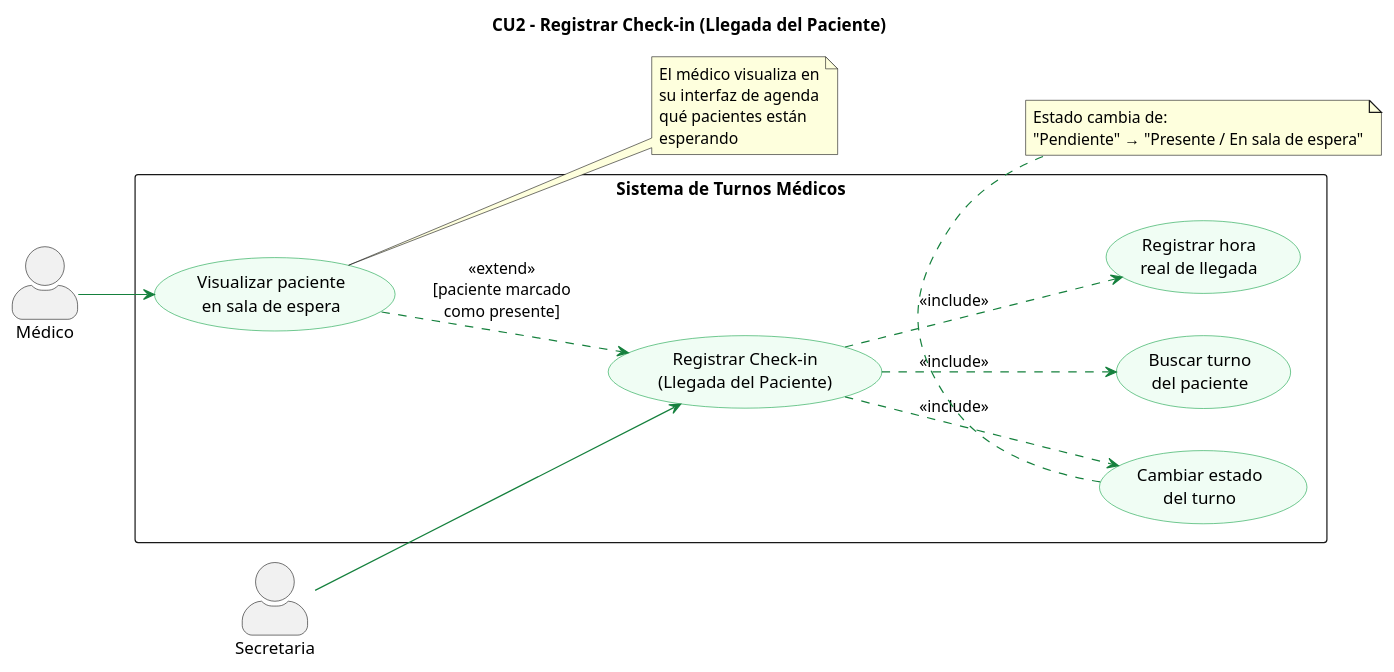
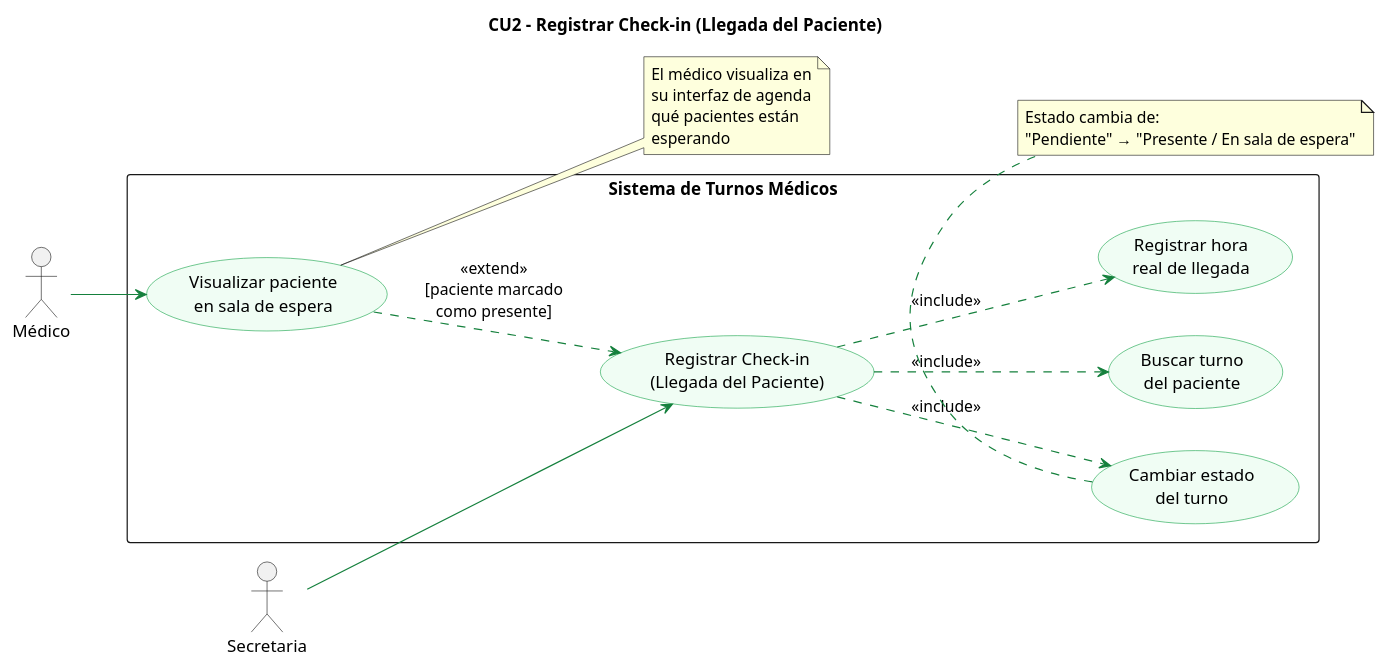
Before and after one commit to angelgc9107-lgtm/SistemaTurnosMedicos_GP6: the diagram in diagramas/02-casos-de-uso/02-registrar-checkin-02.puml, drawn with PlantUML. The commit also changed 15 other files, not shown here.

```diff
--- a/diagramas/02-casos-de-uso/02-registrar-checkin-02.puml
+++ b/diagramas/02-casos-de-uso/02-registrar-checkin-02.puml
@@ -1,48 +1,47 @@
 @startuml CU2 - Registrar Check-in
 
 left to right direction
-skinparam actorStyle awesome
 skinparam packageStyle rectangle
 skinparam usecase {
     BackgroundColor #F0FDF4
     BorderColor #16A34A
     ArrowColor #15803D
 }
 
 title CU2 - Registrar Check-in (Llegada del Paciente)
 
 actor "Secretaria" as SEC
 actor "Médico" as MED
 
 rectangle "Sistema de Turnos Médicos" {
 
     usecase "Registrar Check-in\n(Llegada del Paciente)" as CU2
 
     usecase "Buscar turno\ndel paciente" as CU2_1
     usecase "Cambiar estado\ndel turno" as CU2_2
     usecase "Registrar hora\nreal de llegada" as CU2_3
     usecase "Visualizar paciente\nen sala de espera" as CU2_EXT
 
     CU2 ..> CU2_1   : <<include>>
     CU2 ..> CU2_2   : <<include>>
     CU2 ..> CU2_3   : <<include>>
     CU2_EXT ..> CU2 : <<extend>>\n[paciente marcado\ncomo presente]
 
 }
 
 SEC --> CU2
 MED --> CU2_EXT
 
 note bottom of CU2_2
   Estado cambia de:
   "Pendiente" → "Presente / En sala de espera"
 end note
 
 note right of CU2_EXT
   El médico visualiza en
   su interfaz de agenda
   qué pacientes están
   esperando
 end note
 
 @enduml
```
